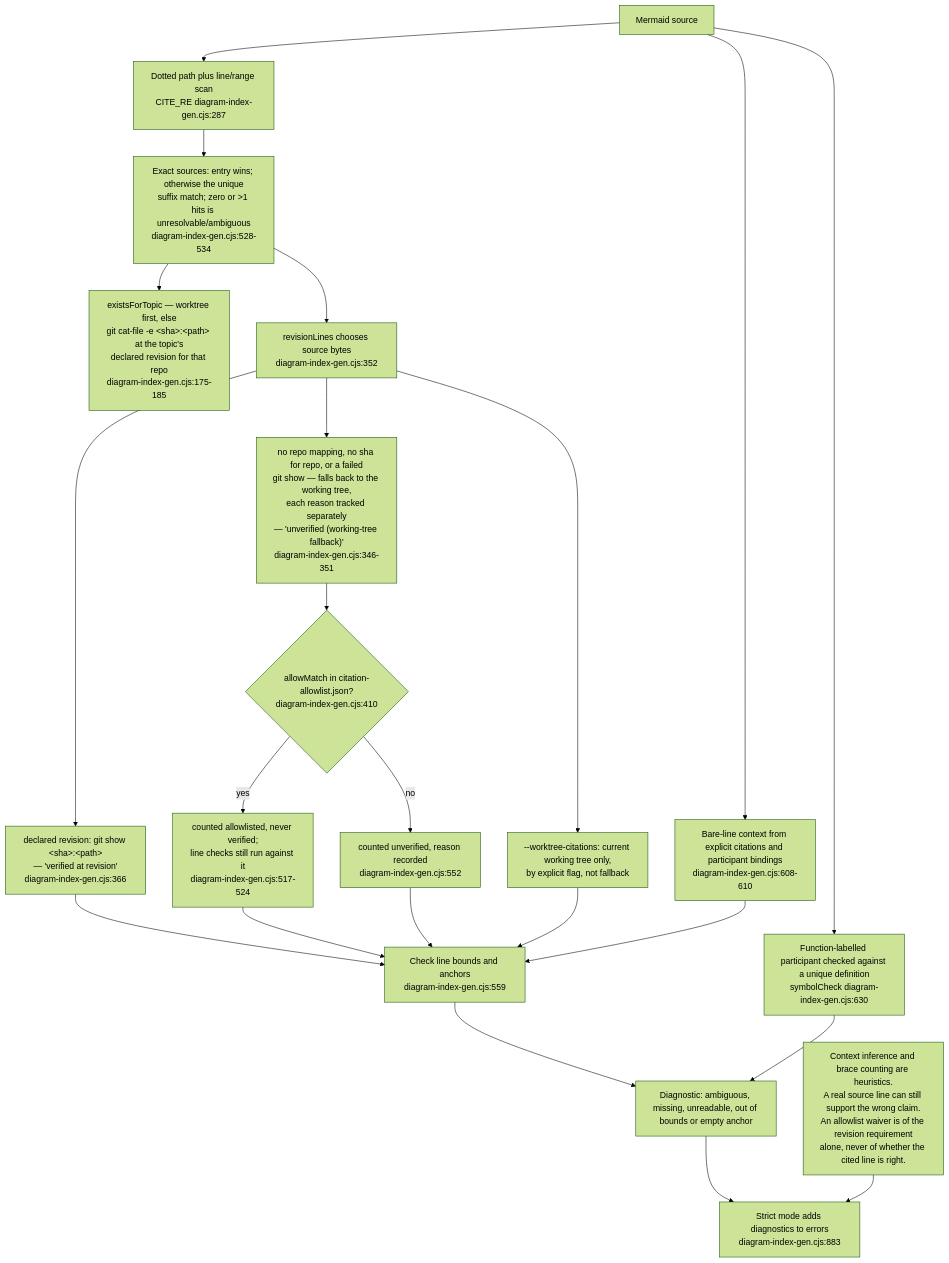
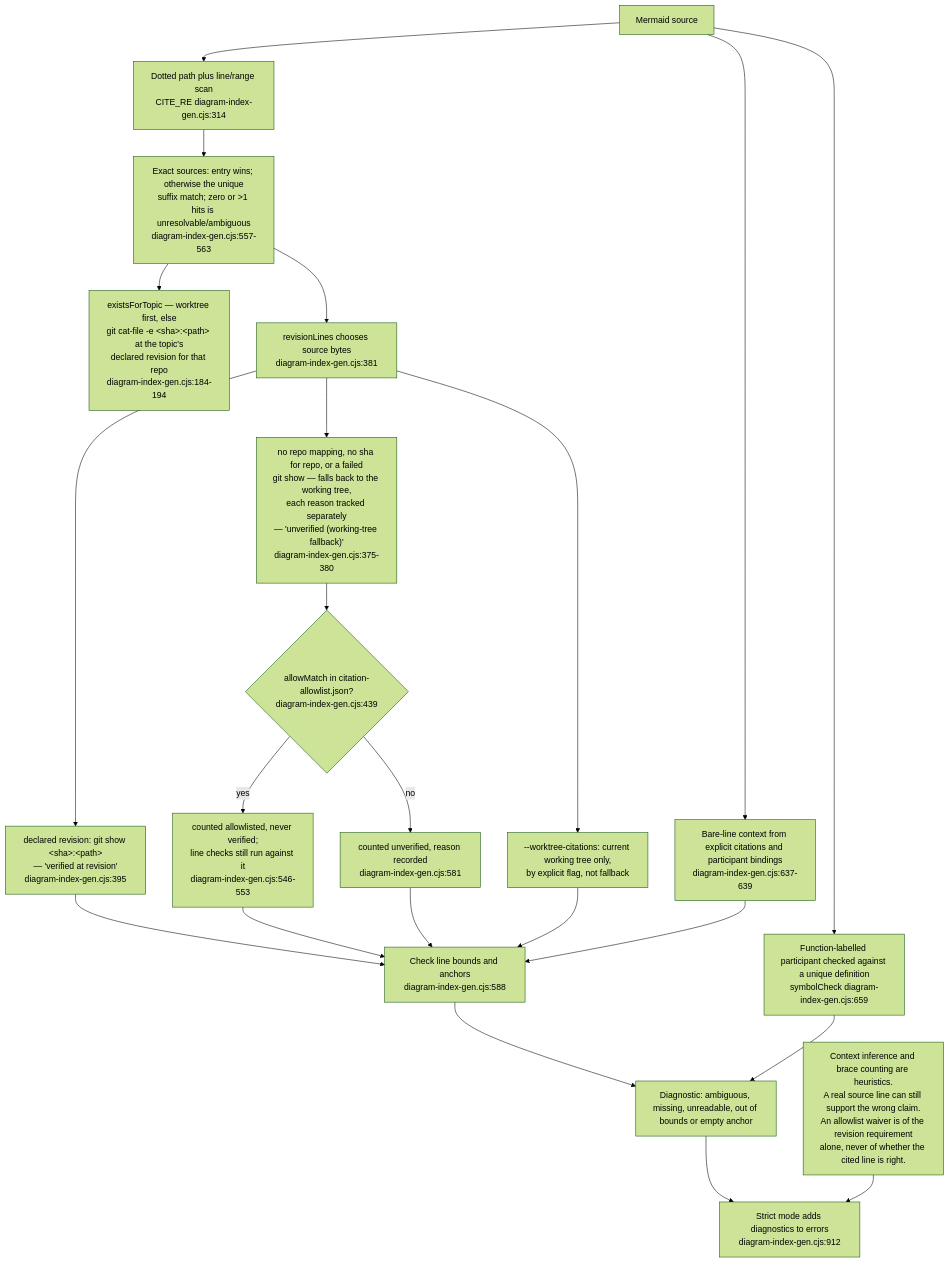
The tenth of 15 diagrams in docs/diagrams/visionflow/06-diagram-tooling.md (DreamLab-AI/VisionFlow), drawn with Mermaid (forest theme) before and after one commit. The commit also changed other lines of this file and 49 other files, not shown here.

First line of the commit message:
docs(diagrams): re-derive and re-stamp VisionClaw, estate, knowledge-graph, visionGraph, VisionFlow and sidestr topics

````diff
--- a/docs/diagrams/visionflow/06-diagram-tooling.md
+++ b/docs/diagrams/visionflow/06-diagram-tooling.md
@@ -313,24 +313,24 @@
 ```mermaid
 flowchart TB
-    A["Mermaid source"] --> SCAN["Dotted path plus line/range scan<br/>CITE_RE diagram-index-gen.cjs:287"]
-    SCAN --> MATCH["Exact sources: entry wins; otherwise the unique<br/>suffix match; zero or >1 hits is unresolvable/ambiguous<br/>diagram-index-gen.cjs:528-534"]
-    MATCH --> EXIST["existsForTopic — worktree first, else<br/>git cat-file -e &lt;sha&gt;:&lt;path&gt; at the topic's<br/>declared revision for that repo<br/>diagram-index-gen.cjs:175-185"]
-    MATCH --> MODE["revisionLines chooses source bytes<br/>diagram-index-gen.cjs:352"]
-    MODE --> PIN["declared revision: git show &lt;sha&gt;:&lt;path&gt;<br/>— 'verified at revision'<br/>diagram-index-gen.cjs:366"]
-    MODE --> WT["no repo mapping, no sha for repo, or a failed<br/>git show — falls back to the working tree,<br/>each reason tracked separately<br/>— 'unverified (working-tree fallback)'<br/>diagram-index-gen.cjs:346-351"]
+    A["Mermaid source"] --> SCAN["Dotted path plus line/range scan<br/>CITE_RE diagram-index-gen.cjs:314"]
+    SCAN --> MATCH["Exact sources: entry wins; otherwise the unique<br/>suffix match; zero or >1 hits is unresolvable/ambiguous<br/>diagram-index-gen.cjs:557-563"]
+    MATCH --> EXIST["existsForTopic — worktree first, else<br/>git cat-file -e &lt;sha&gt;:&lt;path&gt; at the topic's<br/>declared revision for that repo<br/>diagram-index-gen.cjs:184-194"]
+    MATCH --> MODE["revisionLines chooses source bytes<br/>diagram-index-gen.cjs:381"]
+    MODE --> PIN["declared revision: git show &lt;sha&gt;:&lt;path&gt;<br/>— 'verified at revision'<br/>diagram-index-gen.cjs:395"]
+    MODE --> WT["no repo mapping, no sha for repo, or a failed<br/>git show — falls back to the working tree,<br/>each reason tracked separately<br/>— 'unverified (working-tree fallback)'<br/>diagram-index-gen.cjs:375-380"]
     MODE --> WTFLAG["--worktree-citations: current working tree only,<br/>by explicit flag, not fallback"]
-    PIN --> READ["Check line bounds and anchors<br/>diagram-index-gen.cjs:559"]
-    WT --> WAIVE{"allowMatch in citation-allowlist.json?<br/>diagram-index-gen.cjs:410"}
-    WAIVE -->|yes| ALLOWED["counted allowlisted, never verified;<br/>line checks still run against it<br/>diagram-index-gen.cjs:517-524"]
-    WAIVE -->|no| UNVER["counted unverified, reason recorded<br/>diagram-index-gen.cjs:552"]
+    PIN --> READ["Check line bounds and anchors<br/>diagram-index-gen.cjs:588"]
+    WT --> WAIVE{"allowMatch in citation-allowlist.json?<br/>diagram-index-gen.cjs:439"}
+    WAIVE -->|yes| ALLOWED["counted allowlisted, never verified;<br/>line checks still run against it<br/>diagram-index-gen.cjs:546-553"]
+    WAIVE -->|no| UNVER["counted unverified, reason recorded<br/>diagram-index-gen.cjs:581"]
     ALLOWED --> READ
     UNVER --> READ
     WTFLAG --> READ
-    A --> BARE["Bare-line context from explicit citations and participant bindings<br/>diagram-index-gen.cjs:608-610"]
+    A --> BARE["Bare-line context from explicit citations and participant bindings<br/>diagram-index-gen.cjs:637-639"]
     BARE --> READ
-    A --> SYMBOL["Function-labelled participant checked against a unique definition<br/>symbolCheck diagram-index-gen.cjs:630"]
+    A --> SYMBOL["Function-labelled participant checked against a unique definition<br/>symbolCheck diagram-index-gen.cjs:659"]
     READ --> DIAG["Diagnostic: ambiguous, missing, unreadable, out of bounds or empty anchor"]
     SYMBOL --> DIAG
-    DIAG --> EXIT["Strict mode adds diagnostics to errors<br/>diagram-index-gen.cjs:883"]
+    DIAG --> EXIT["Strict mode adds diagnostics to errors<br/>diagram-index-gen.cjs:912"]
     LIMIT["Context inference and brace counting are heuristics.<br/>A real source line can still support the wrong claim.<br/>An allowlist waiver is of the revision requirement<br/>alone, never of whether the cited line is right."] --> EXIT
 ```
````
